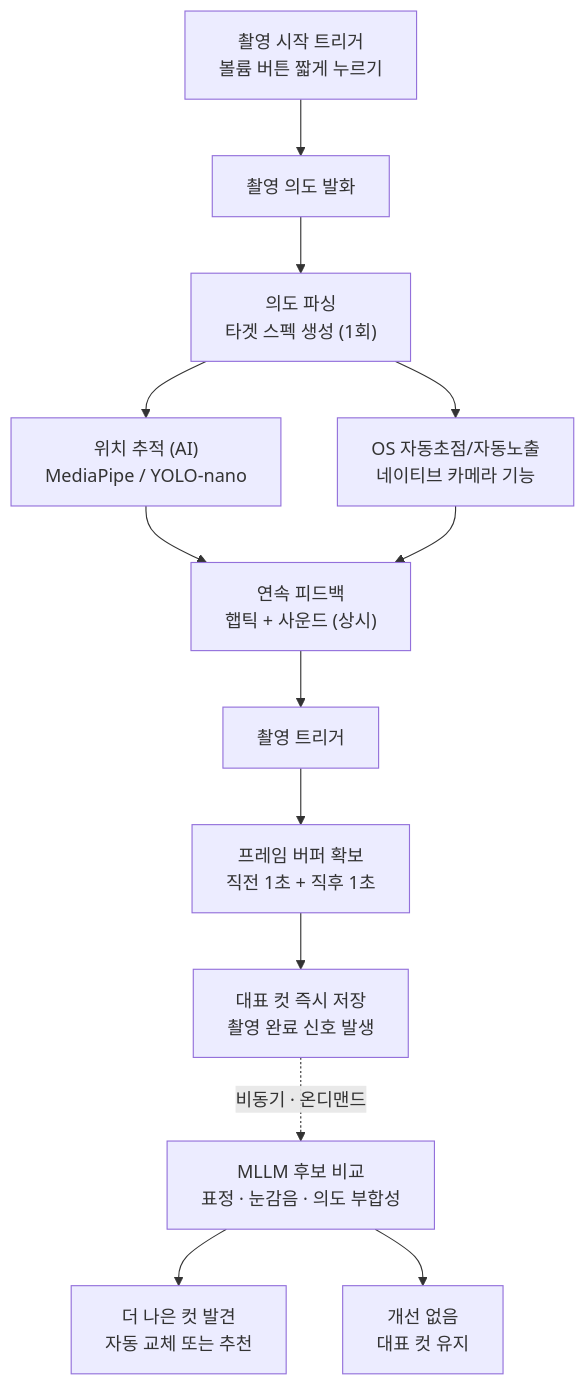
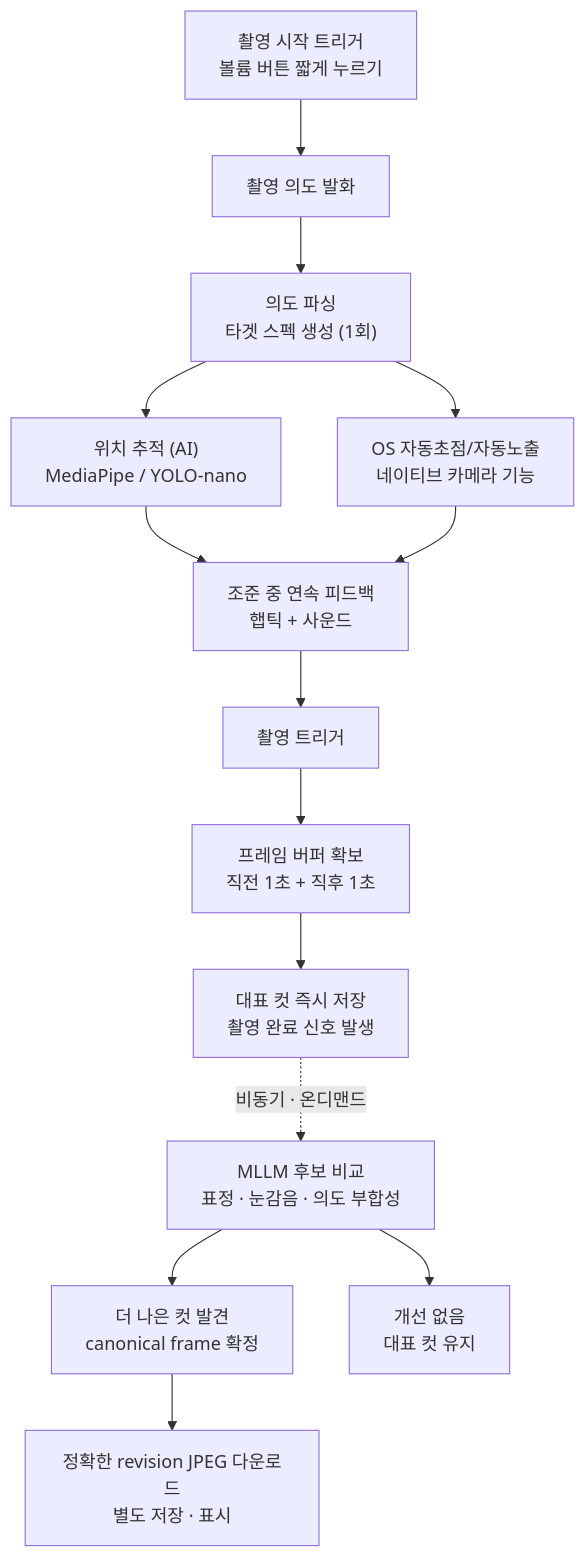
Before and after one commit to SKT-FLY-AI-Challenger-9/Snap-Sight: the diagram in README.md, drawn with Mermaid. The commit also changed other lines of this file and 148 other files, not shown here.

````diff
--- a/README.md
+++ b/README.md
@@ -22,15 +22,16 @@
 ```mermaid
 flowchart TD
     A["촬영 시작 트리거<br/>볼륨 버튼 짧게 누르기"] --> B["촬영 의도 발화"]
     B --> C["의도 파싱<br/>타겟 스펙 생성 (1회)"]
     C --> D["위치 추적 (AI)<br/>MediaPipe / YOLO-nano"]
     C --> E["OS 자동초점/자동노출<br/>네이티브 카메라 기능"]
-    D --> F["연속 피드백<br/>햅틱 + 사운드 (상시)"]
+    D --> F["조준 중 연속 피드백<br/>햅틱 + 사운드"]
     E --> F
     F --> G["촬영 트리거"]
     G --> H["프레임 버퍼 확보<br/>직전 1초 + 직후 1초"]
     H --> I["대표 컷 즉시 저장<br/>촬영 완료 신호 발생"]
     I -. "비동기 · 온디맨드" .-> J["MLLM 후보 비교<br/>표정 · 눈감음 · 의도 부합성"]
-    J --> K["더 나은 컷 발견<br/>자동 교체 또는 추천"]
+    J --> K["더 나은 컷 발견<br/>canonical frame 확정"]
+    K --> M["정확한 revision JPEG 다운로드<br/>별도 저장 · 표시"]
     J --> L["개선 없음<br/>대표 컷 유지"]
 ```
````
